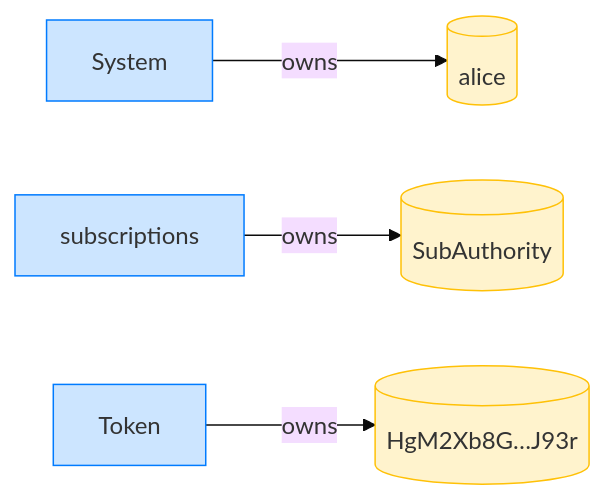
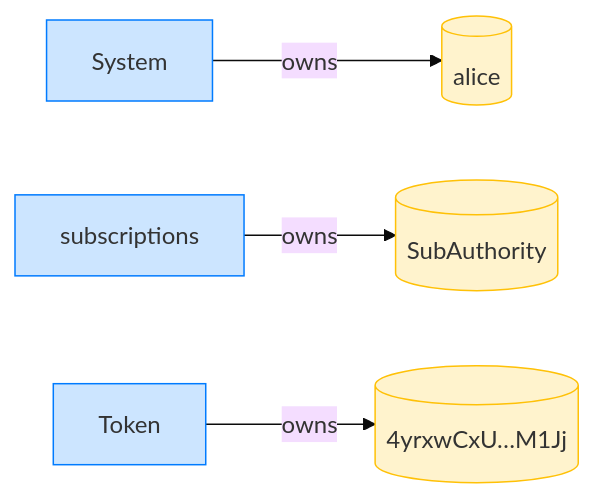
One commit to cds-rs/subscriptions changed the fourth of 8 diagrams in dsl_tests/subscribe-rejects-stale-expected-terms.md. Above: the diagram before and after it, drawn with Mermaid (base theme). The commit also changed other lines of this file and 224 other files, not shown here.

````diff
--- a/dsl_tests/subscribe-rejects-stale-expected-terms.md
+++ b/dsl_tests/subscribe-rejects-stale-expected-terms.md
@@ -73,14 +78,14 @@
 ```mermaid
 flowchart LR
     classDef owner fill:#cce5ff,stroke:#007bff;
     classDef account fill:#fff3cd,stroke:#ffc107;
     System[System]:::owner
     alice[(alice)]:::account
     subscriptions[subscriptions]:::owner
     SubAuthority[(SubAuthority)]:::account
     Token[Token]:::owner
-    HgM2Xb8G_J93r[("HgM2Xb8G…J93r")]:::account
+    4yrxwCxU_M1Jj[("4yrxwCxU…M1Jj")]:::account
     System -->|owns| alice
     subscriptions -->|owns| SubAuthority
-    Token -->|owns| HgM2Xb8G_J93r
+    Token -->|owns| 4yrxwCxU_M1Jj
 ```
````
